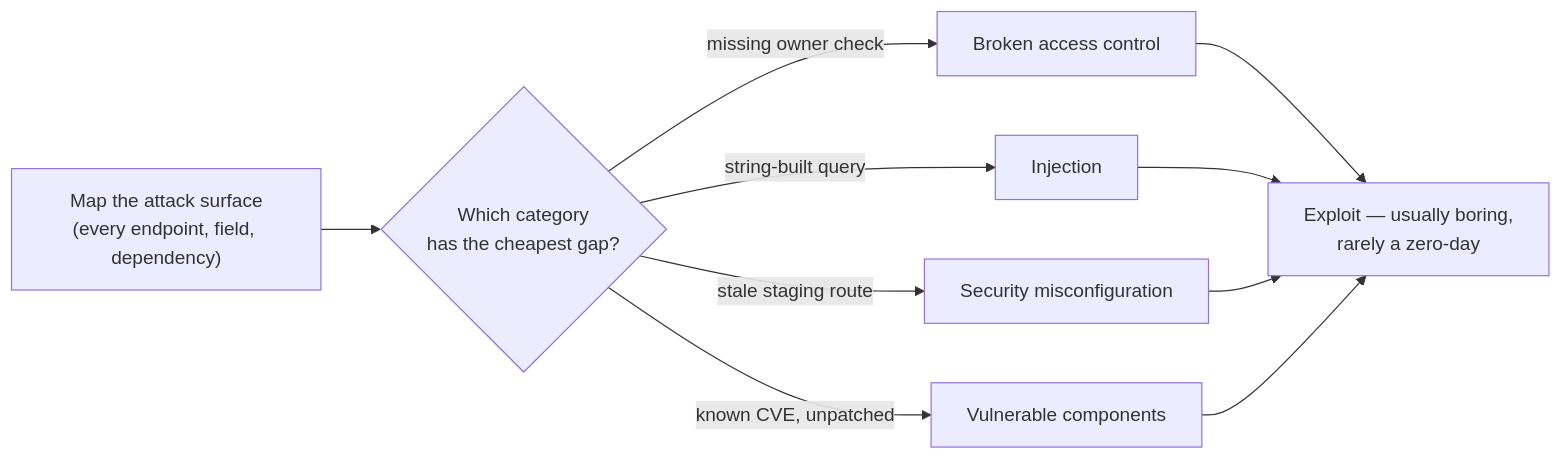
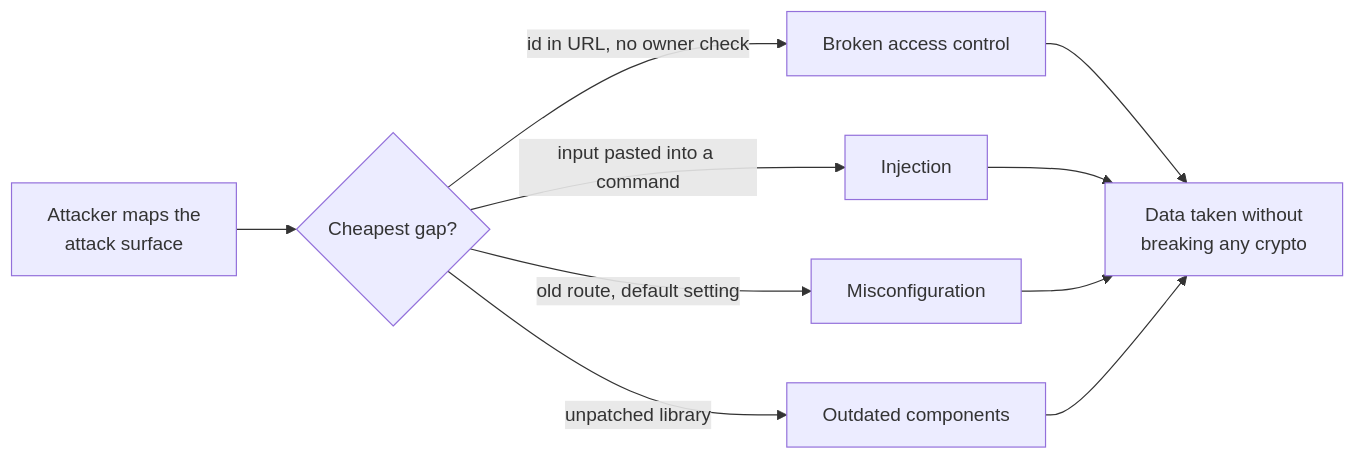
Before and after one commit to francoandreDev/knowledge: the first of 2 diagrams in src/content/security/owasp-top-10/L2-concept.mdx, drawn with Mermaid. The commit also changed other lines of this file and 3 other files, not shown here.

````diff
--- a/src/content/security/owasp-top-10/L2-concept.mdx
+++ b/src/content/security/owasp-top-10/L2-concept.mdx
@@ -68,12 +47,12 @@
 ```mermaid
 flowchart LR
-    A["Map the attack surface\n(every endpoint, field, dependency)"] --> B{"Which category\nhas the cheapest gap?"}
-    B -->|"missing owner check"| C["Broken access control"]
-    B -->|"string-built query"| D["Injection"]
-    B -->|"stale staging route"| E["Security misconfiguration"]
-    B -->|"known CVE, unpatched"| F["Vulnerable components"]
-    C --> G["Exploit — usually boring,\nrarely a zero-day"]
+    A["Attacker maps the<br/>attack surface"] --> B{"Cheapest gap?"}
+    B -->|"id in URL, no owner check"| C["Broken access control"]
+    B -->|"input pasted into a command"| D["Injection"]
+    B -->|"old route, default setting"| E["Misconfiguration"]
+    B -->|"unpatched library"| F["Outdated components"]
+    C --> G["Data taken without<br/>breaking any crypto"]
     D --> G
     E --> G
     F --> G
 ```
````
